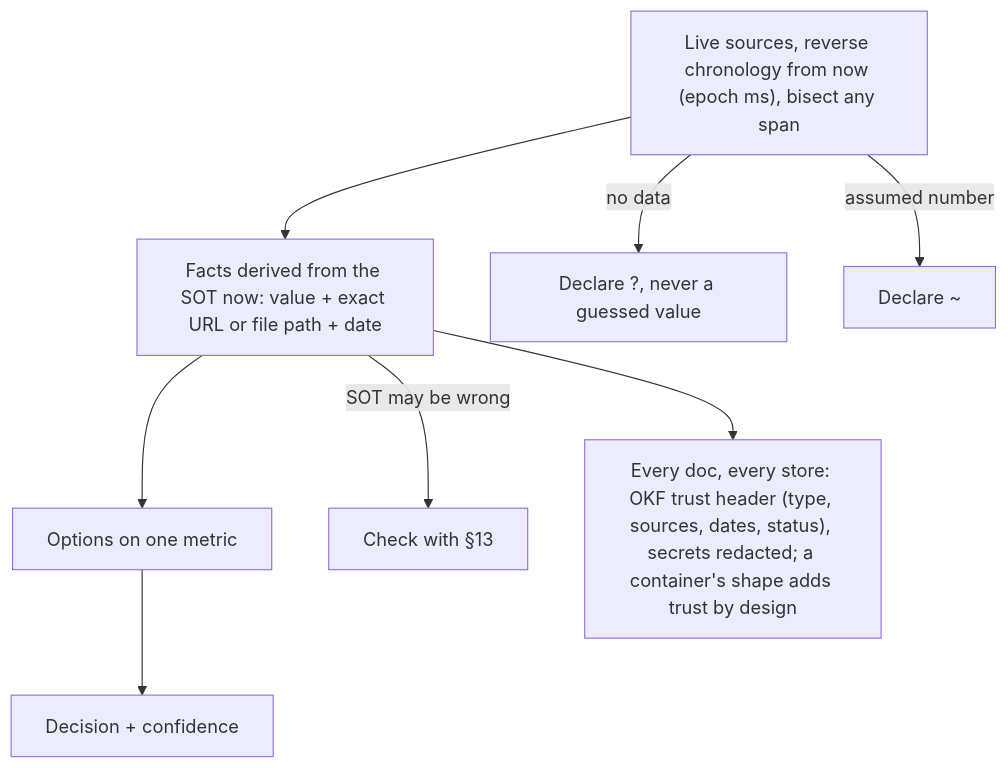
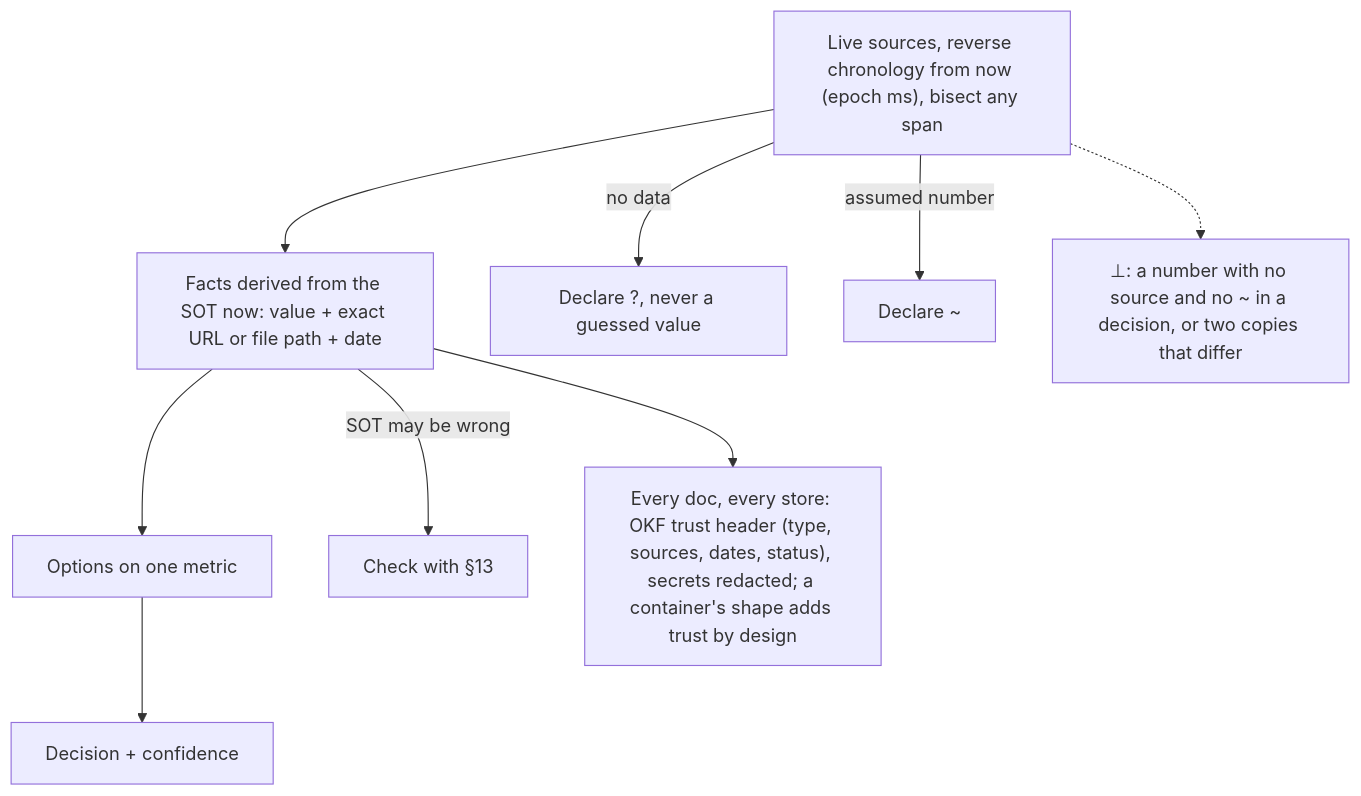
One commit to SolenixAI/arbiter changed the sixth of 14 diagrams in AGENTS.md. Above: the diagram before and after it, drawn with Mermaid. The commit also changed other lines of this file, not shown here.

````diff
--- a/AGENTS.md
+++ b/AGENTS.md
@@ -285,9 +303,10 @@
 ```mermaid
 flowchart TD
   D["Live sources, reverse chronology from now (epoch ms), bisect any span"] --> E[Facts derived from the SOT now: value + exact URL or file path + date]
   E --> O[Options on one metric] --> C[Decision + confidence]
   D -->|no data| U["Declare ?, never a guessed value"]
   D -->|assumed number| U2["Declare ~"]
   E -->|SOT may be wrong| S13[Check with §13]
   E --> K["Every doc, every store: OKF trust header (type, sources, dates, status), secrets redacted; a container's shape adds trust by design"]
+  D -.-> BOT["⊥: a number with no source and no ~ in a decision, or two copies that differ"]
 ```
````
